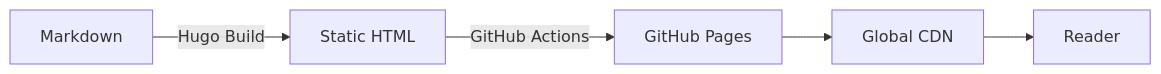
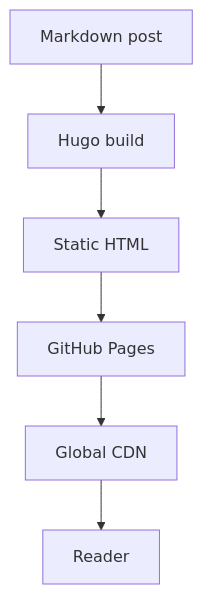
One commit to leodramaral/amaral-stack changed the diagram in content/en/blog/how-this-blog-was-built.md. Above: the diagram before and after it, drawn with Mermaid. The commit also changed other lines of this file, not shown here.

Commit message:
feat: reescrita do post how this blog was built

````diff
--- a/content/en/blog/how-this-blog-was-built.md
+++ b/content/en/blog/how-this-blog-was-built.md
@@ -73,7 +92,11 @@
 ```mermaid
-graph LR
-    A[Markdown] -->|Hugo Build| B[Static HTML]
-    B -->|GitHub Actions| C[GitHub Pages]
-    C --> D[Global CDN]
-    D --> E[Reader]
+flowchart TD
+    A[Markdown post]
+    B[Hugo build]
+    C[Static HTML]
+    D[GitHub Pages]
+    E[Global CDN]
+    F[Reader]
+
+    A --> B --> C --> D --> E --> F
 ```
````
